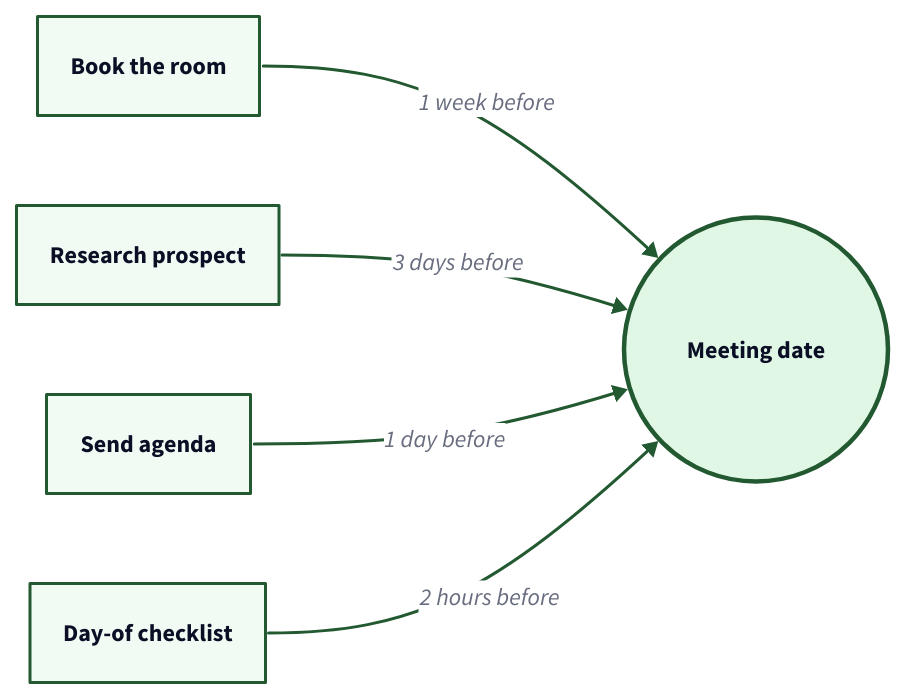
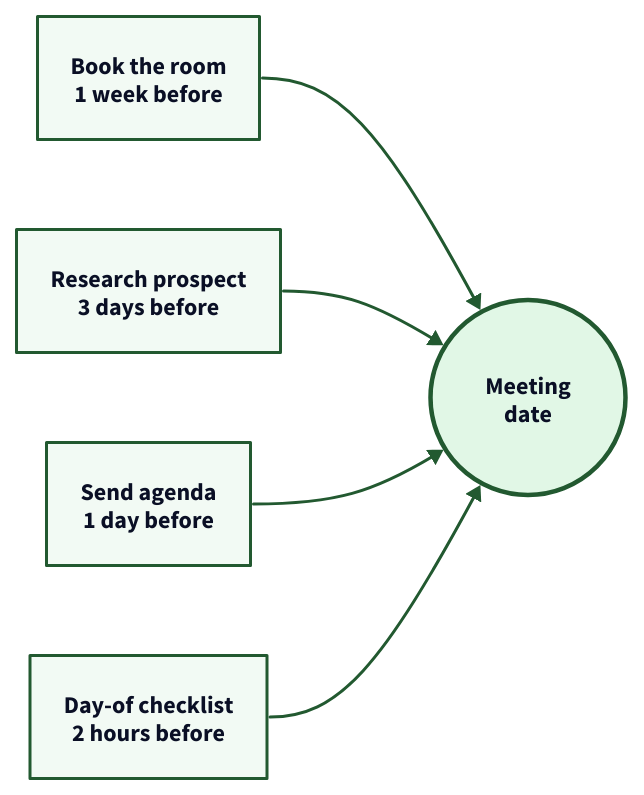
One commit to tallyfy/documentation changed the diagram in src/content/docs/pro/documenting/templates/automations/examples/countdown-deadline-automation.mdx. Above: the diagram before and after it, drawn with D2. The commit also changed 14 other files, not shown here.

First line of the commit message:
Redraw 15 diagrams and remove 1 so their text reads at full size

````diff
--- a/src/content/docs/pro/documenting/templates/automations/examples/countdown-deadline-automation.mdx
+++ b/src/content/docs/pro/documenting/templates/automations/examples/countdown-deadline-automation.mdx
@@ -56,52 +56,52 @@
 ```d2
 # Countdown deadlines from one target date
 direction: right
 
-Room: Book the room {
+Room: "Book the room\n1 week before" {
   shape: rectangle
   style.fill: "#f2faf4"
   style.stroke: "#225930"
 }
 
-Research: Research prospect {
+Research: "Research prospect\n3 days before" {
   shape: rectangle
   style.fill: "#f2faf4"
   style.stroke: "#225930"
 }
 
-Agenda: Send agenda {
+Agenda: "Send agenda\n1 day before" {
   shape: rectangle
   style.fill: "#f2faf4"
   style.stroke: "#225930"
 }
 
-Checklist: Day-of checklist {
+Checklist: "Day-of checklist\n2 hours before" {
   shape: rectangle
   style.fill: "#f2faf4"
   style.stroke: "#225930"
 }
 
-Target: Meeting date {
+Target: "Meeting\ndate" {
   shape: circle
   style.fill: "#e1f7e6"
   style.stroke: "#225930"
   style.stroke-width: 3
 }
 
-Room -> Target: 1 week before {
+Room -> Target: {
   style.stroke: "#225930"
   style.stroke-width: 2
 }
-Research -> Target: 3 days before {
+Research -> Target: {
   style.stroke: "#225930"
   style.stroke-width: 2
 }
-Agenda -> Target: 1 day before {
+Agenda -> Target: {
   style.stroke: "#225930"
   style.stroke-width: 2
 }
-Checklist -> Target: 2 hours before {
+Checklist -> Target: {
   style.stroke: "#225930"
   style.stroke-width: 2
 }
 ```
````
